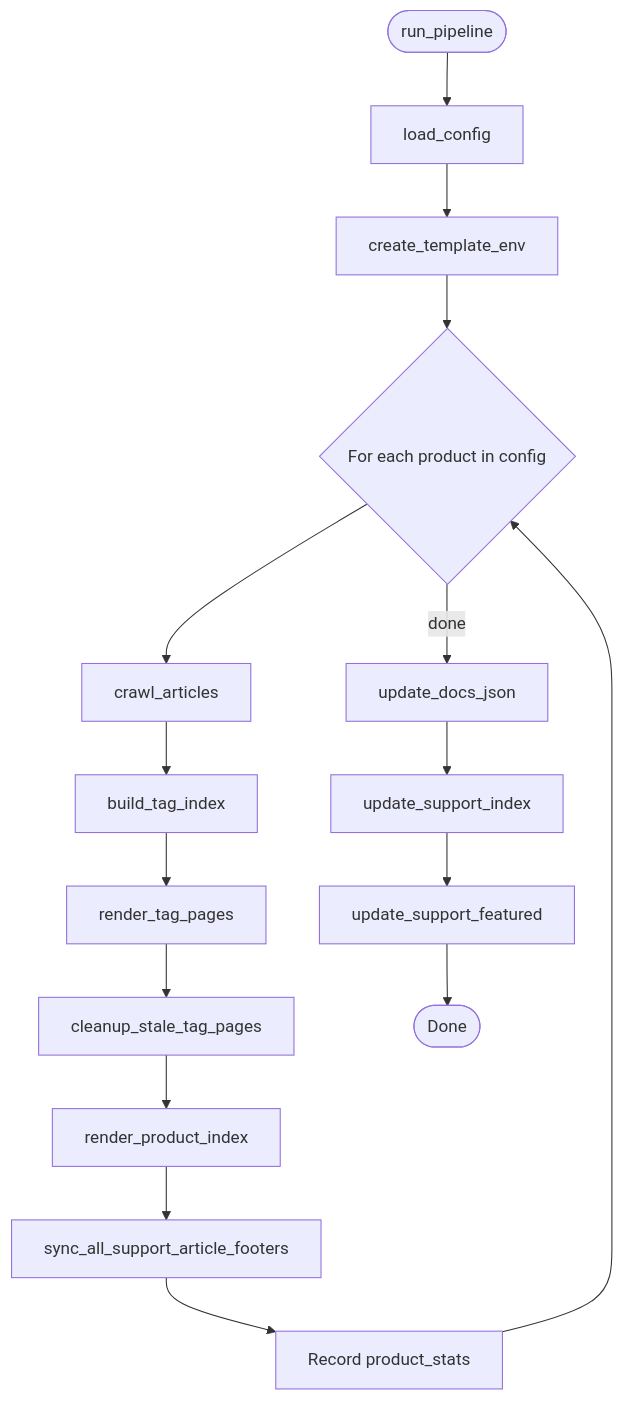
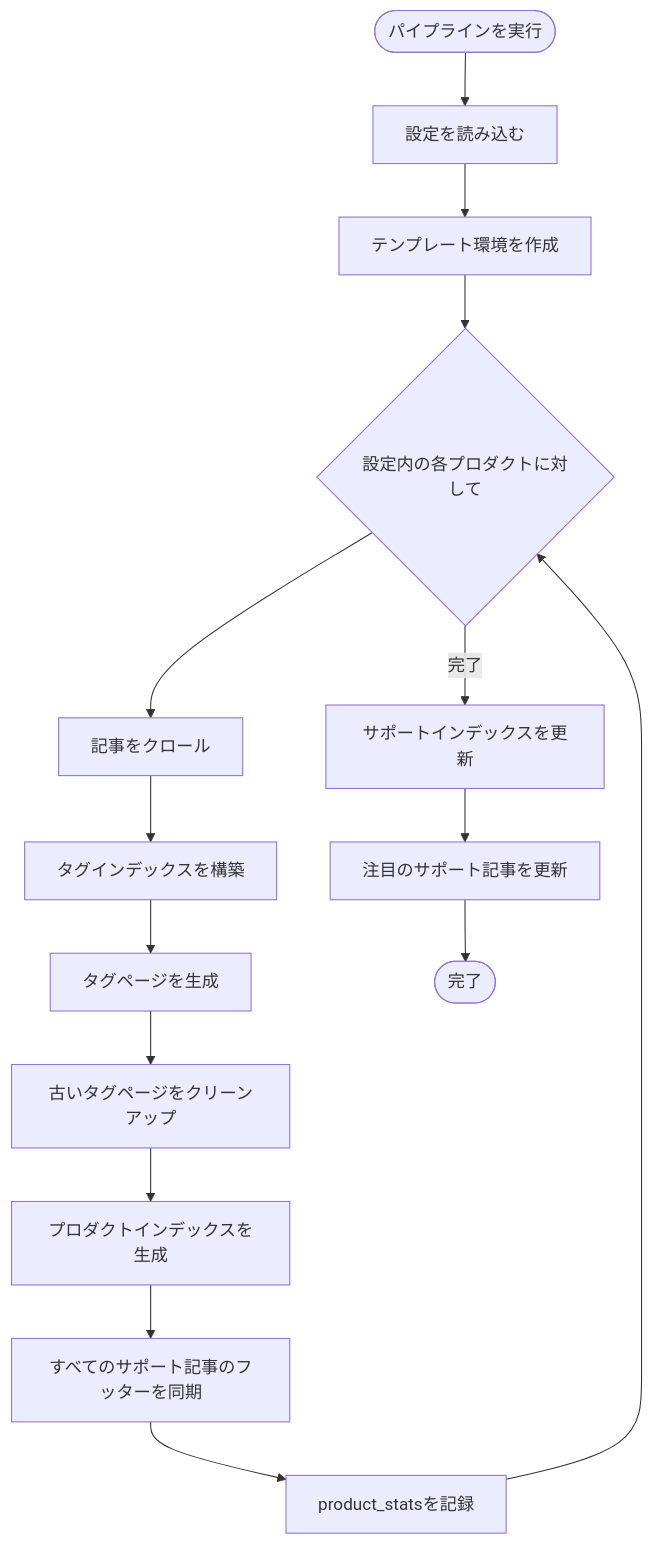
One commit to wandb/docs changed the third of 4 diagrams in ja/scripts/knowledgebase-nav/Architecture.md. Above: the diagram before and after it, drawn with Mermaid. The commit also changed other lines of this file and 22 other files, not shown here.

````diff
--- a/ja/scripts/knowledgebase-nav/Architecture.md
+++ b/ja/scripts/knowledgebase-nav/Architecture.md
@@ -73,18 +72,17 @@
 ```mermaid
 flowchart TD
-  START([run_pipeline]) --> LOAD[load_config]
-  LOAD --> JINJA[create_template_env]
-  JINJA --> LOOP{For each product in config}
-  LOOP --> P1[crawl_articles]
-  P1 --> P2[build_tag_index]
-  P2 --> P3[render_tag_pages]
-  P3 --> P3b[cleanup_stale_tag_pages]
-  P3b --> P4[render_product_index]
-  P4 --> P5[sync_all_support_article_footers]
-  P5 --> P6[Record product_stats]
+  START([パイプラインを実行]) --> LOAD[設定を読み込む]
+  LOAD --> JINJA[テンプレート環境を作成]
+  JINJA --> LOOP{設定内の各プロダクトに対して}
+  LOOP --> P1[記事をクロール]
+  P1 --> P2[タグインデックスを構築]
+  P2 --> P3[タグページを生成]
+  P3 --> P3b[古いタグページをクリーンアップ]
+  P3b --> P4[プロダクトインデックスを生成]
+  P4 --> P5[すべてのサポート記事のフッターを同期]
+  P5 --> P6[product_statsを記録]
   P6 --> LOOP
-  LOOP -->|done| P7[update_docs_json]
-  P7 --> P8[update_support_index]
-  P8 --> P9[update_support_featured]
-  P9 --> DONE([Done])
+  LOOP -->|完了| P7[サポートインデックスを更新]
+  P7 --> P8[注目のサポート記事を更新]
+  P8 --> DONE([完了])
 ```
````
